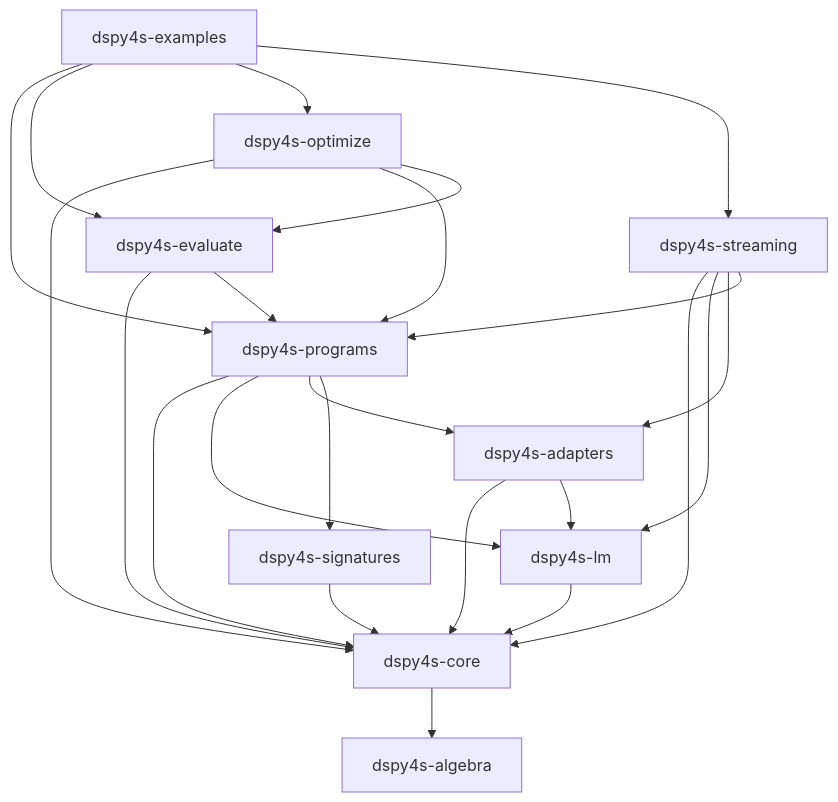
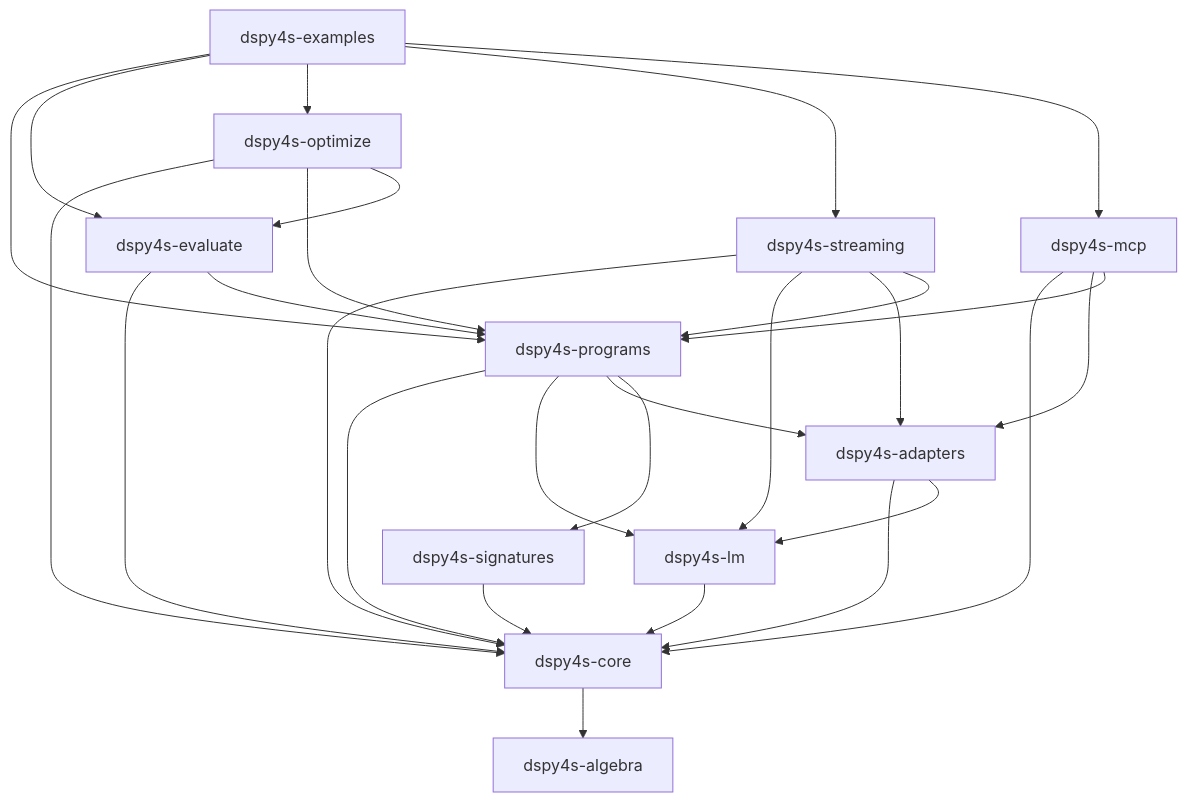
Before and after one commit to jpablo/dspy4s: the diagram in docs/ARCHITECTURE.md, drawn with Mermaid. The commit also changed other lines of this file and 429 other files, not shown here.

````diff
--- a/docs/ARCHITECTURE.md
+++ b/docs/ARCHITECTURE.md
@@ -17,36 +17,41 @@
 ```mermaid
 graph TD
   algebra[dspy4s-algebra]
   core[dspy4s-core]
   signatures[dspy4s-signatures]
   lm[dspy4s-lm]
   adapters[dspy4s-adapters]
   programs[dspy4s-programs]
   evaluate[dspy4s-evaluate]
   optimize[dspy4s-optimize]
   streaming[dspy4s-streaming]
+  mcp[dspy4s-mcp]
   examples[dspy4s-examples]
 
   core --> algebra
   signatures --> core
   lm --> core
   adapters --> core
   adapters --> lm
   programs --> core
   programs --> lm
   programs --> adapters
   programs --> signatures
   evaluate --> core
   evaluate --> programs
   optimize --> core
   optimize --> programs
   optimize --> evaluate
   streaming --> core
   streaming --> lm
   streaming --> adapters
   streaming --> programs
+  mcp --> core
+  mcp --> adapters
+  mcp --> programs
   examples --> programs
   examples --> evaluate
   examples --> optimize
   examples --> streaming
+  examples --> mcp
 ```
````
